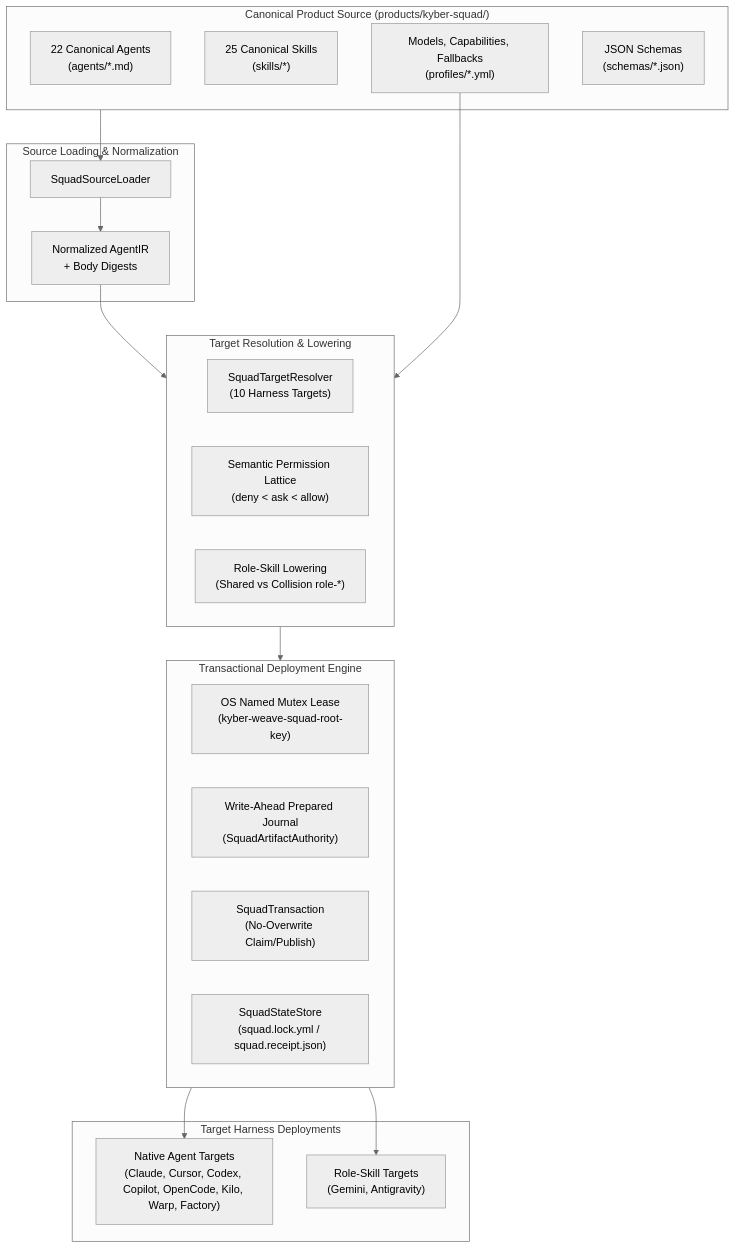
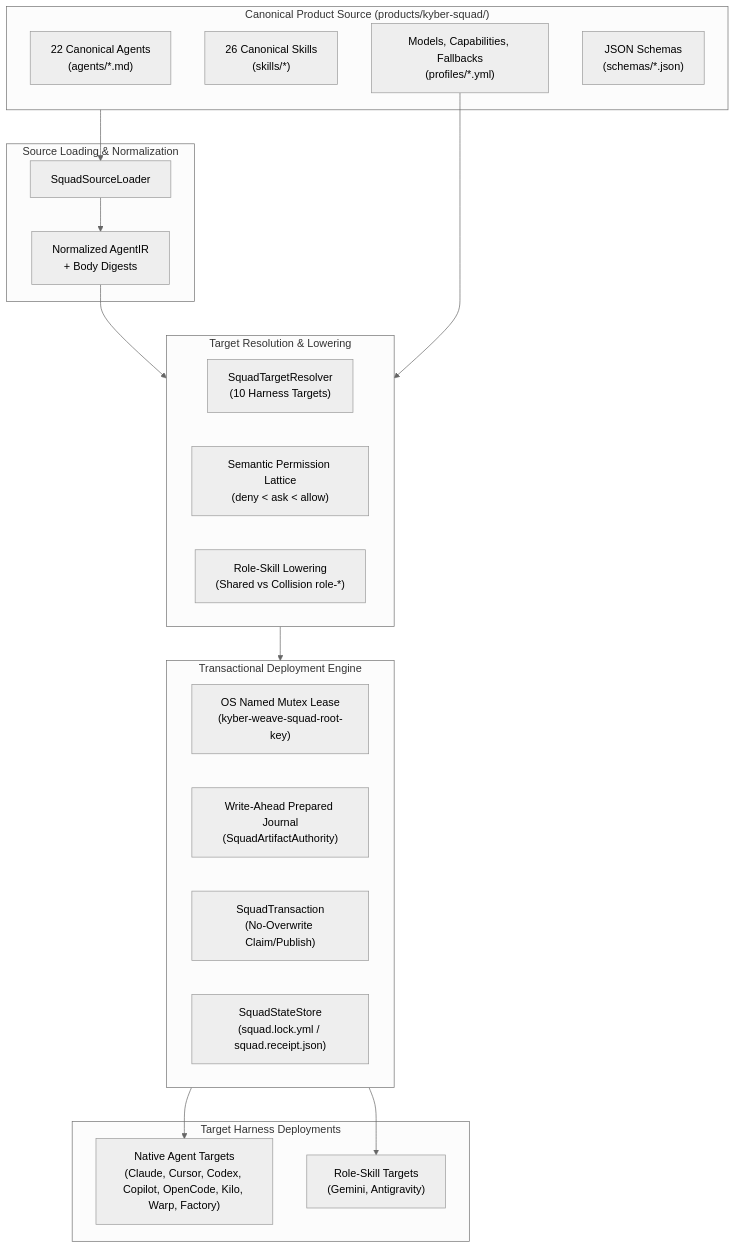
The first of 4 diagrams in docs/kyber-squad/architecture.md (dpalfery/kyber-weave), drawn with Mermaid (neutral theme) before and after one commit. The commit also changed other lines of this file and 11 other files, not shown here.

````diff
--- a/docs/kyber-squad/architecture.md
+++ b/docs/kyber-squad/architecture.md
@@ -32,40 +33,40 @@
 ```mermaid
 flowchart TD
     subgraph CanonicalSource["Canonical Product Source (products/kyber-squad/)"]
         Agents["22 Canonical Agents\n(agents/*.md)"]
-        Skills["25 Canonical Skills\n(skills/*)"]
+        Skills["26 Canonical Skills\n(skills/*)"]
         Profiles["Models, Capabilities, Fallbacks\n(profiles/*.yml)"]
         Schemas["JSON Schemas\n(schemas/*.json)"]
     end
 
     subgraph Loader["Source Loading & Normalization"]
         SquadSourceLoader["SquadSourceLoader"]
         AgentIR["Normalized AgentIR\n+ Body Digests"]
     end
 
     subgraph Compiler["Target Resolution & Lowering"]
         SquadTargetResolver["SquadTargetResolver\n(10 Harness Targets)"]
         Lattice["Semantic Permission Lattice\n(deny < ask < allow)"]
         Lowering["Role-Skill Lowering\n(Shared vs Collision role-*)"]
     end
 
     subgraph DeploymentEngine["Transactional Deployment Engine"]
         Mutex["OS Named Mutex Lease\n(kyber-weave-squad-root-key)"]
         Journal["Write-Ahead Prepared Journal\n(SquadArtifactAuthority)"]
         Transaction["SquadTransaction\n(No-Overwrite Claim/Publish)"]
         StateStore["SquadStateStore\n(squad.lock.yml / squad.receipt.json)"]
     end
 
     subgraph TargetHarnesses["Target Harness Deployments"]
         NativeTargets["Native Agent Targets\n(Claude, Cursor, Codex, Copilot, OpenCode, Kilo, Warp, Factory)"]
         FallbackTargets["Role-Skill Targets\n(Gemini, Antigravity)"]
     end
 
     CanonicalSource --> SquadSourceLoader
     SquadSourceLoader --> AgentIR
     AgentIR --> Compiler
     Profiles --> Compiler
     Compiler --> DeploymentEngine
     DeploymentEngine --> NativeTargets
     DeploymentEngine --> FallbackTargets
 ```
````
